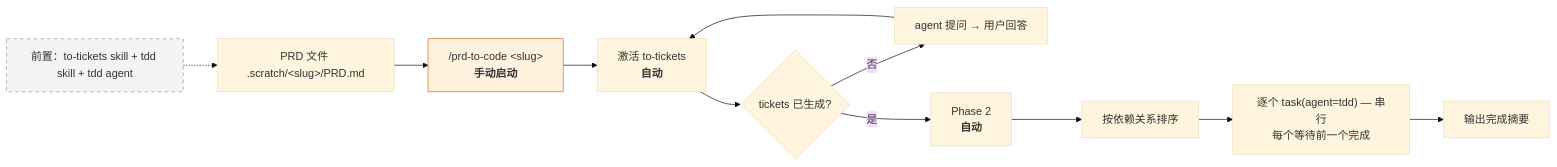
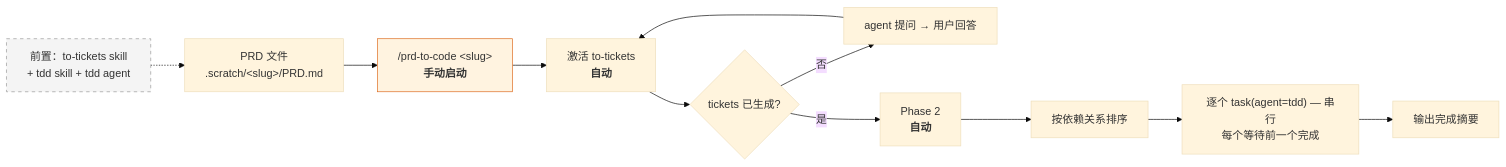
The second of 2 diagrams in README.cn.md (hugosol/oh-my-wayfinder), drawn with Mermaid (base theme) before and after one commit. The commit also changed other lines of this file and 1 other file, not shown here.

Commit message:
add br to mermaid

````diff
--- a/README.cn.md
+++ b/README.cn.md
@@ -85,15 +85,15 @@
 ```mermaid
 flowchart LR
-    PRE["前置：to-tickets skill + tdd skill + tdd agent"] -.-> P
-    P["PRD 文件 .scratch/&lt;slug&gt;/PRD.md"] --> C["/prd-to-code &lt;slug&gt;<br/><b>手动启动</b>"]
+    PRE["前置：to-tickets skill<br/>+ tdd skill + tdd agent"] -.-> P
+    P["PRD 文件<br/>.scratch/&lt;slug&gt;/PRD.md"] --> C["/prd-to-code &lt;slug&gt;<br/><b>手动启动</b>"]
     C --> A["激活 to-tickets<br/><b>自动</b>"]
     A --> Q{"tickets 已生成?"}
     Q -->|"否"| QA["agent 提问 → 用户回答"] --> A
     Q -->|"是"| P2["Phase 2<br/><b>自动</b>"]
     P2 --> ORD["按依赖关系排序"]
     ORD --> TD["逐个 task(agent=tdd) — 串行<br/>每个等待前一个完成"]
     TD --> DONE["输出完成摘要"]
 
     style C fill:#fff3e0,stroke:#dd6b20
     style PRE fill:#f4f4f4,stroke:#999,stroke-dasharray:5 5
 ```
````
